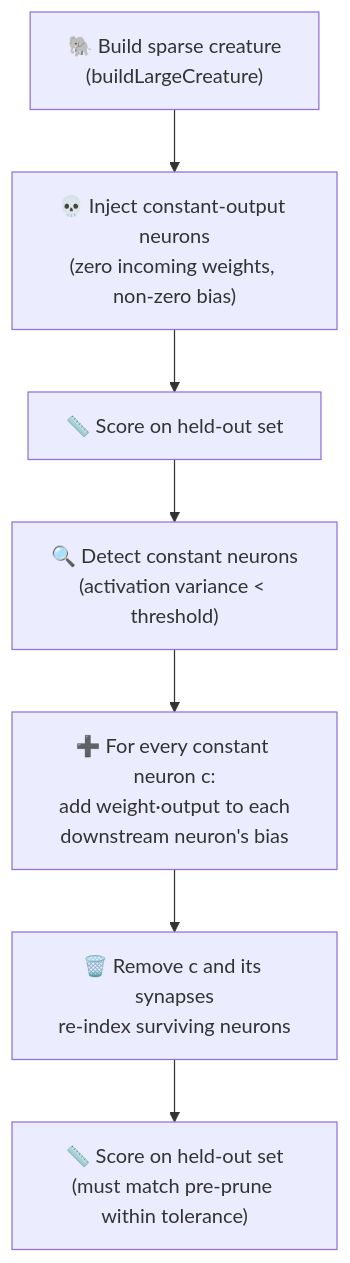
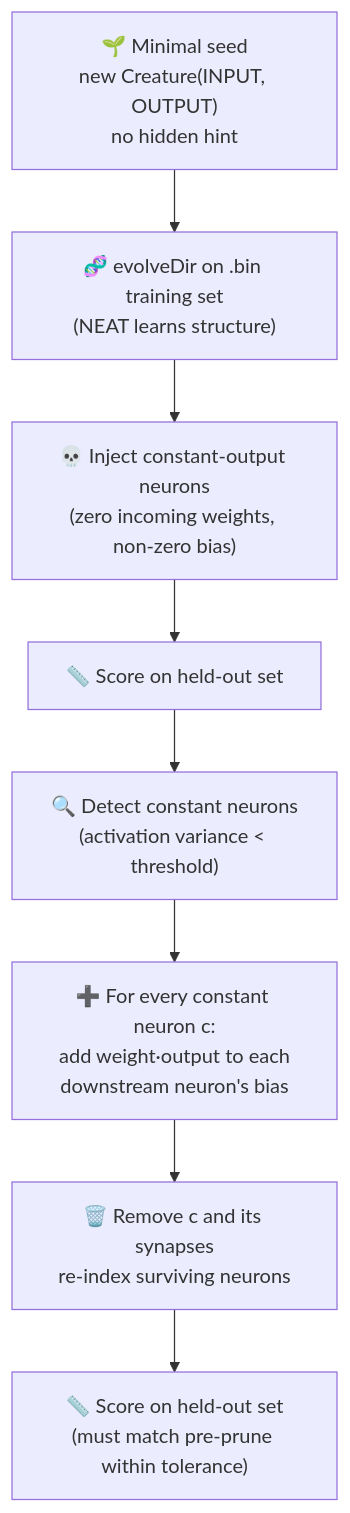
One commit to stSoftwareAU/NEAT-AI-Examples changed the diagram in neuron_pruning/README.md. Above: the diagram before and after it, drawn with Mermaid. The commit also changed other lines of this file and 9 other files, not shown here.

First line of the commit message:
Audit neuron_pruning: minimal seed + measured telemetry (#217)

````diff
--- a/neuron_pruning/README.md
+++ b/neuron_pruning/README.md
@@ -41,17 +53,19 @@
 ```mermaid
 flowchart TD
-    BUILD["🐘 Build sparse creature<br/>(buildLargeCreature)"]
+    SEED["🌱 Minimal seed<br/>new Creature(INPUT, OUTPUT)<br/>no hidden hint"]
+    EVOLVE["🧬 evolveDir on .bin training set<br/>(NEAT learns structure)"]
     INJECT["💀 Inject constant-output neurons<br/>(zero incoming weights, non-zero bias)"]
     SCORE1["📏 Score on held-out set"]
     DETECT["🔍 Detect constant neurons<br/>(activation variance &lt; threshold)"]
     FOLD["➕ For every constant neuron c:<br/>add weight·output to each<br/>downstream neuron's bias"]
     DROP["🗑️ Remove c and its synapses<br/>re-index surviving neurons"]
     SCORE2["📏 Score on held-out set<br/>(must match pre-prune within tolerance)"]
 
-    BUILD --> INJECT
+    SEED --> EVOLVE
+    EVOLVE --> INJECT
     INJECT --> SCORE1
     SCORE1 --> DETECT
     DETECT --> FOLD
     FOLD --> DROP
     DROP --> SCORE2
 ```
````
